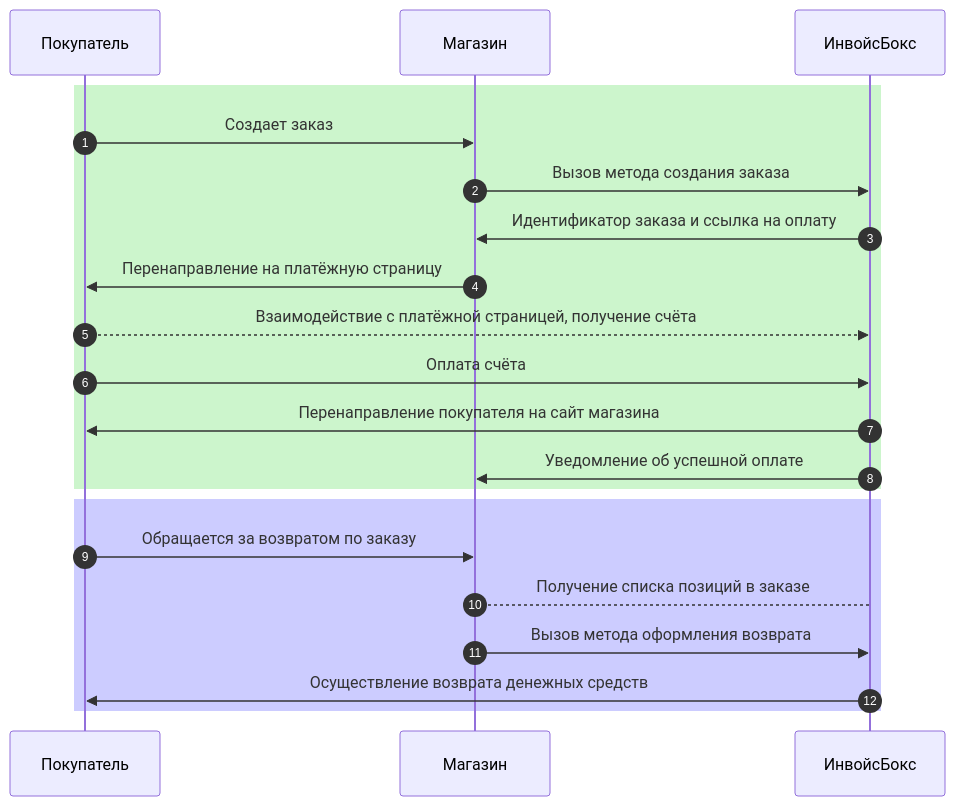
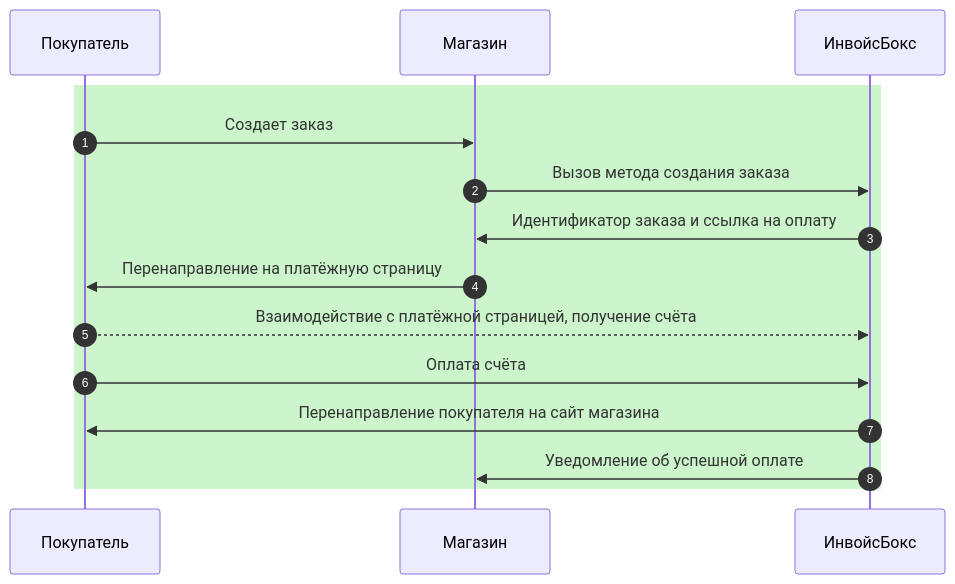
One commit to YIGRIKY/invoicebox-docs changed the first of 2 diagrams in docs/schema.md. Above: the diagram before and after it, drawn with Mermaid. The commit also changed other lines of this file, not shown here.

Commit message:
Diagram update

```diff
--- a/docs/schema.md
+++ b/docs/schema.md
@@ -9,23 +11,17 @@
 <div class="mermaid">
 sequenceDiagram
     autonumber
     participant Покупатель
     participant Магазин
     participant ИнвойсБокс 
     rect rgb(204, 245, 204)
       Покупатель->>Магазин: Создает заказ
       Магазин->>ИнвойсБокс: Вызов метода создания заказа
       ИнвойсБокс->>Магазин: Идентификатор заказа и ссылка на оплату
       Магазин->>Покупатель: Перенаправление на платёжную страницу
       Покупатель-->>ИнвойсБокс: Взаимодействие с платёжной страницей, получение счёта
       Покупатель->>ИнвойсБокс: Оплата счёта
       ИнвойсБокс->>Покупатель: Перенаправление покупателя на сайт магазина
       ИнвойсБокс->>Магазин: Уведомление об успешной оплате
     end
-    rect rgb(204, 204, 255)
-      Покупатель->>Магазин: Обращается за возвратом по заказу
-      Магазин-->ИнвойсБокс: Получение списка позиций в заказе
-      Магазин->>ИнвойсБокс: Вызов метода оформления возврата
-      ИнвойсБокс->>Покупатель: Осуществление возврата денежных средств
-    end
 </div>
```
